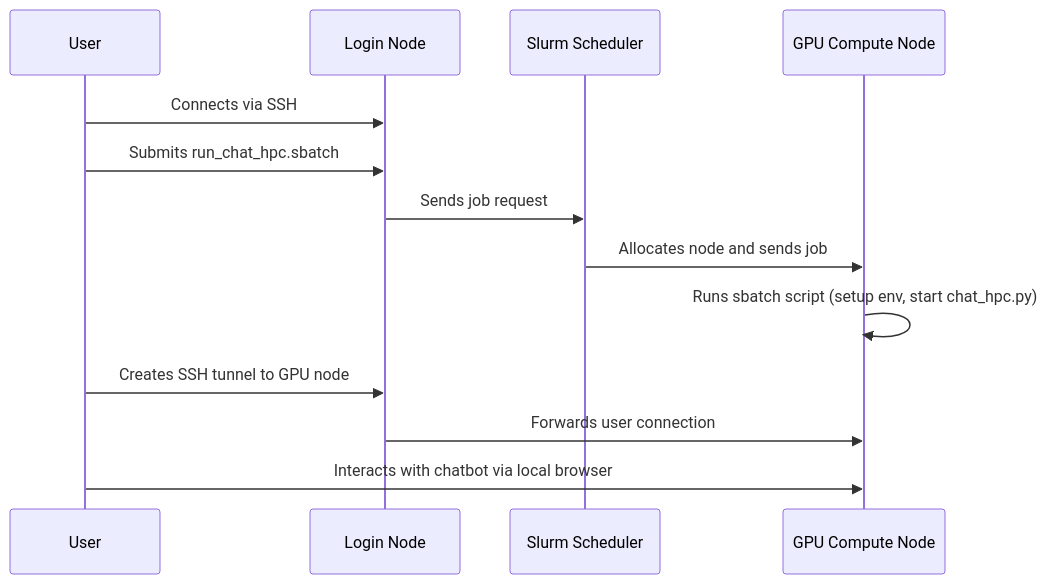
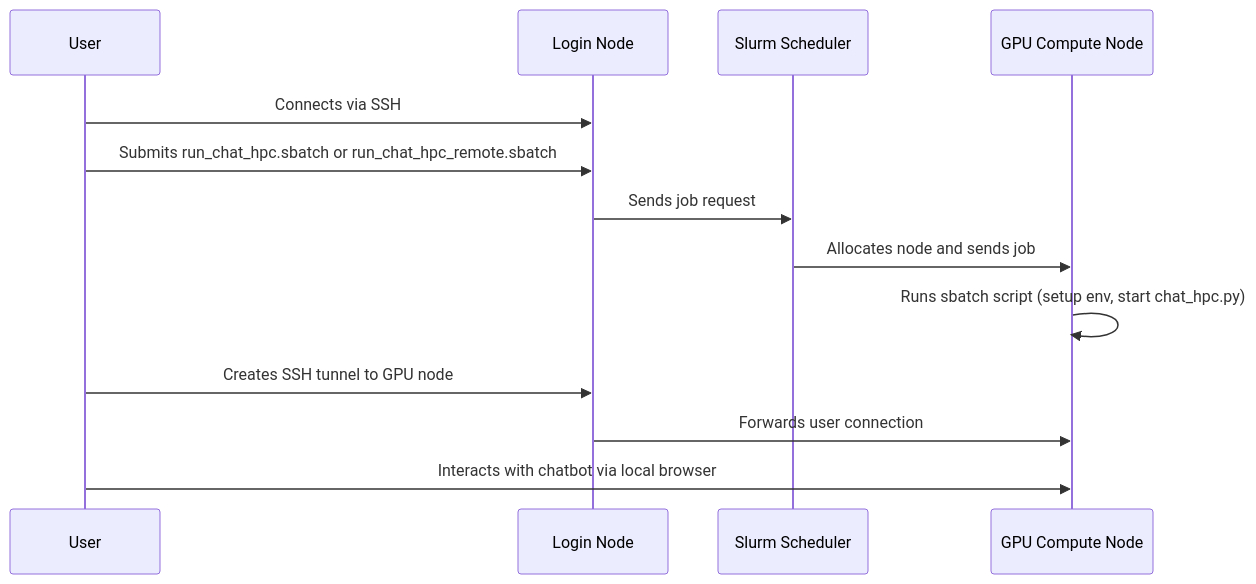
The third of 3 diagrams in README.md (epunzal2/oarc-ai-assistant), drawn with Mermaid before and after one commit. The commit also changed other lines of this file and 13 other files, not shown here.

````diff
--- a/README.md
+++ b/README.md
@@ -343,16 +423,16 @@
 ```mermaid
 sequenceDiagram
     participant User
     participant Login Node
     participant Slurm Scheduler
     participant GPU Compute Node
 
     User->>Login Node: Connects via SSH
-    User->>Login Node: Submits run_chat_hpc.sbatch
+    User->>Login Node: Submits run_chat_hpc.sbatch or run_chat_hpc_remote.sbatch
     Login Node->>Slurm Scheduler: Sends job request
     Slurm Scheduler->>GPU Compute Node: Allocates node and sends job
     GPU Compute Node->>GPU Compute Node: Runs sbatch script (setup env, start chat_hpc.py)
     User->>Login Node: Creates SSH tunnel to GPU node
     Login Node->>GPU Compute Node: Forwards user connection
     User->>GPU Compute Node: Interacts with chatbot via local browser
 ```
````
